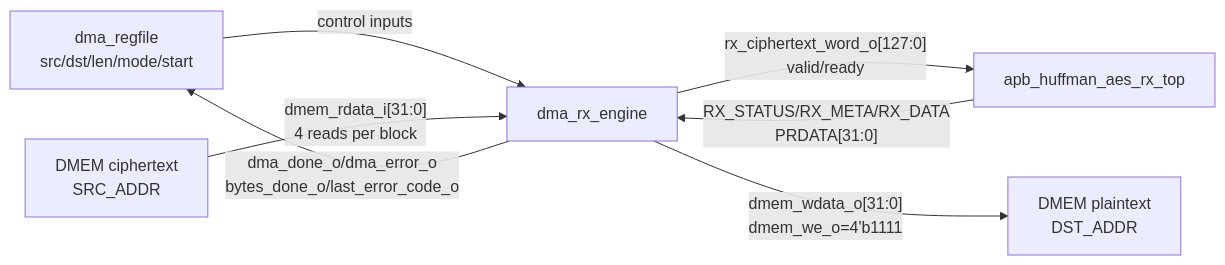
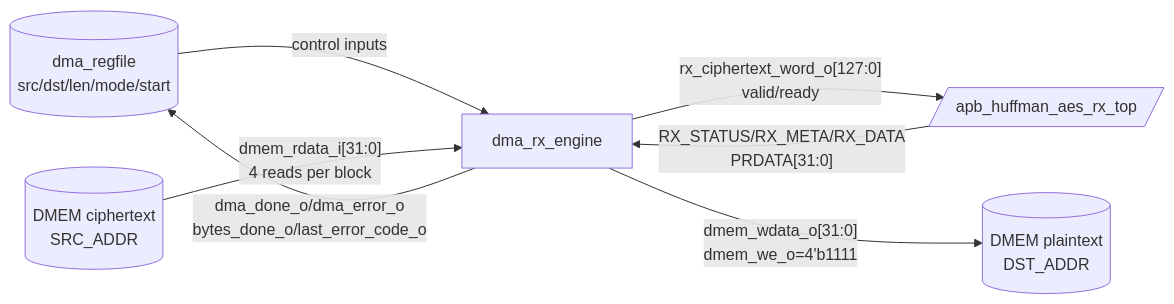
The second of 2 diagrams in docs/dma_rx_engine_spec.md (ngoquocan139/AES_huffman_all6), drawn with Mermaid before and after one commit. The commit also changed other lines of this file and 28 other files, not shown here.

````diff
--- a/docs/dma_rx_engine_spec.md
+++ b/docs/dma_rx_engine_spec.md
@@ -62,9 +62,9 @@
 ```mermaid
 flowchart LR
-  REG["dma_regfile<br/>src/dst/len/mode/start"] -->|"control inputs"| RXDMA["dma_rx_engine"]
-  DMEMIN["DMEM ciphertext<br/>SRC_ADDR"] -->|"dmem_rdata_i[31:0]<br/>4 reads per block"| RXDMA
-  RXDMA -->|"rx_ciphertext_word_o[127:0]<br/>valid/ready"| RXTOP["apb_huffman_aes_rx_top"]
+  REG[("dma_regfile<br/>src/dst/len/mode/start")] -->|"control inputs"| RXDMA["dma_rx_engine"]
+  DMEMIN[("DMEM ciphertext<br/>SRC_ADDR")] -->|"dmem_rdata_i[31:0]<br/>4 reads per block"| RXDMA
+  RXDMA -->|"rx_ciphertext_word_o[127:0]<br/>valid/ready"| RXTOP[/"apb_huffman_aes_rx_top"/]
   RXTOP -->|"RX_STATUS/RX_META/RX_DATA<br/>PRDATA[31:0]"| RXDMA
-  RXDMA -->|"dmem_wdata_o[31:0]<br/>dmem_we_o=4'b1111"| DMEMOUT["DMEM plaintext<br/>DST_ADDR"]
+  RXDMA -->|"dmem_wdata_o[31:0]<br/>dmem_we_o=4'b1111"| DMEMOUT[("DMEM plaintext<br/>DST_ADDR")]
   RXDMA -->|"dma_done_o/dma_error_o<br/>bytes_done_o/last_error_code_o"| REG
 ```
````
